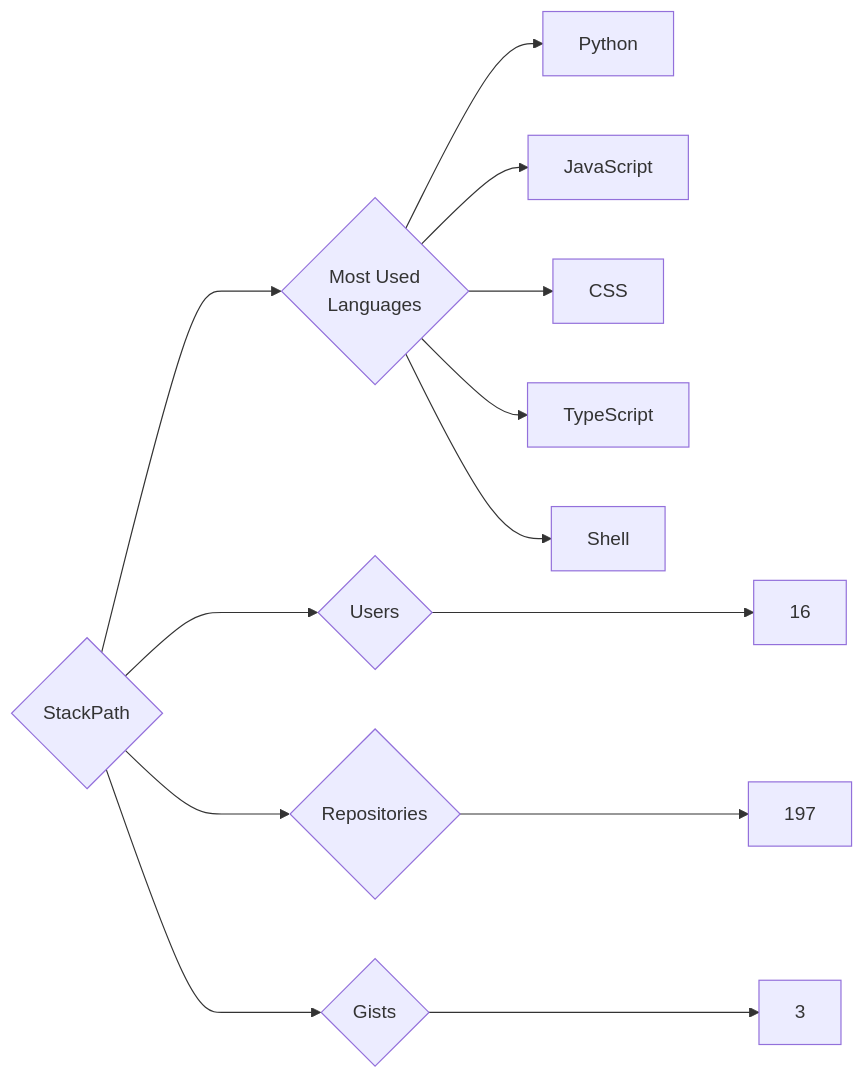
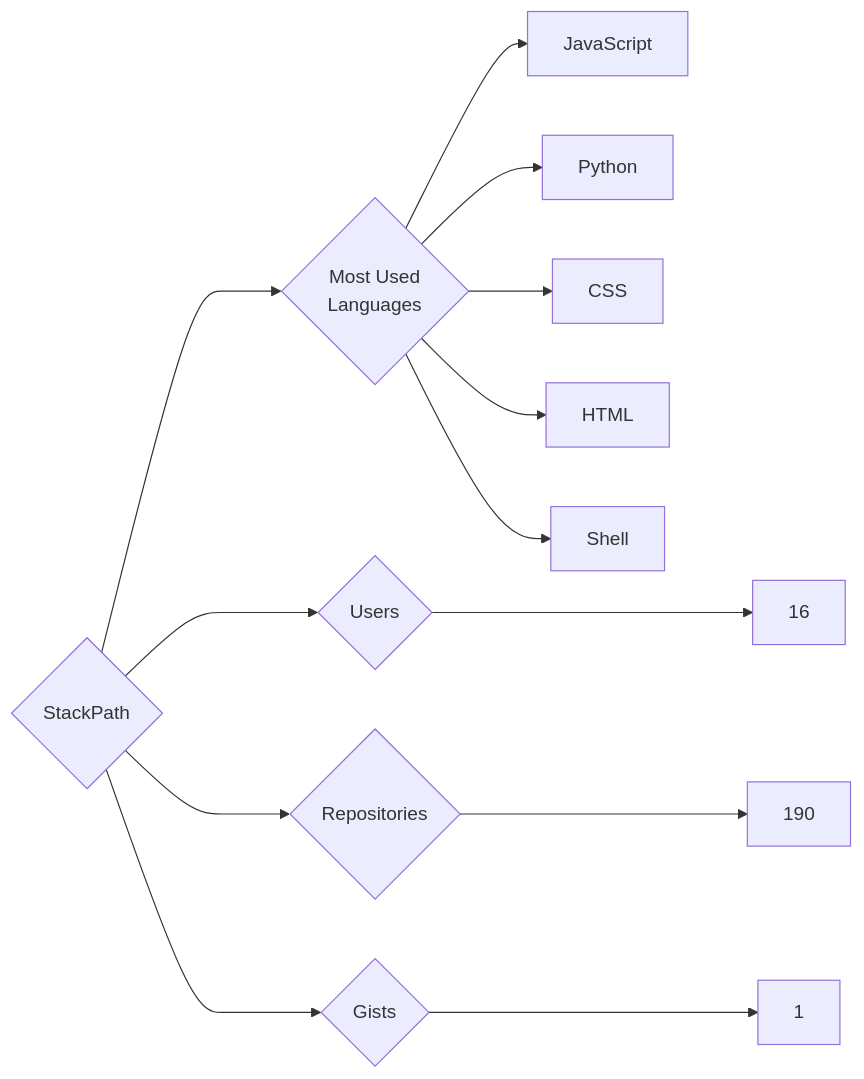
Before and after one commit to trickest/insiders: the diagram in targets/StackPath/README.md, drawn with Mermaid. The commit also changed 912 other files, not shown here.

````diff
--- a/targets/StackPath/README.md
+++ b/targets/StackPath/README.md
@@ -3,13 +3,13 @@
 ```mermaid
 graph LR
 COMPANY_NAME{StackPath}
 COMPANY_NAME ---> U{Users} ---> UN[16]
-COMPANY_NAME ---> R{Repositories} ---> RN[197]
-COMPANY_NAME ---> G{Gists} ---> GN[3]
+COMPANY_NAME ---> R{Repositories} ---> RN[190]
+COMPANY_NAME ---> G{Gists} ---> GN[1]
 COMPANY_NAME ---> ML{Most Used<br>Languages}
+ML --> JavaScript[JavaScript]
 ML --> Python[Python]
-ML --> JavaScript[JavaScript]
 ML --> CSS[CSS]
-ML --> TypeScript[TypeScript]
+ML --> HTML[HTML]
 ML --> Shell[Shell]
 ```
````
